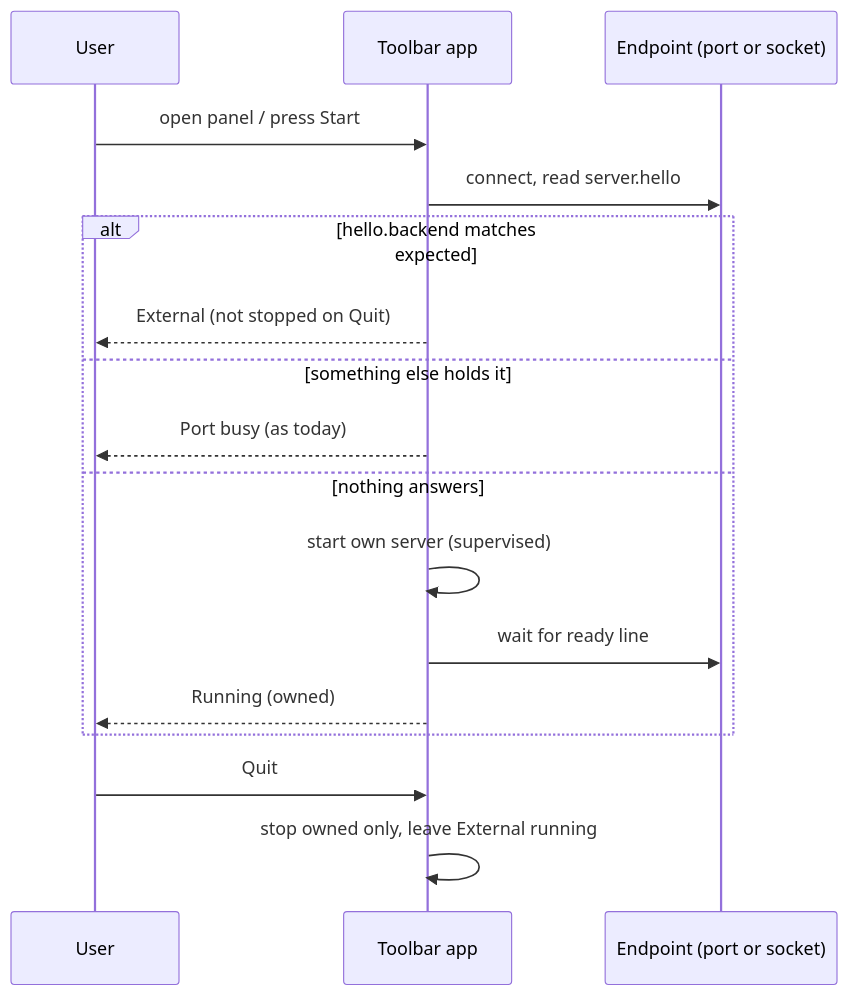
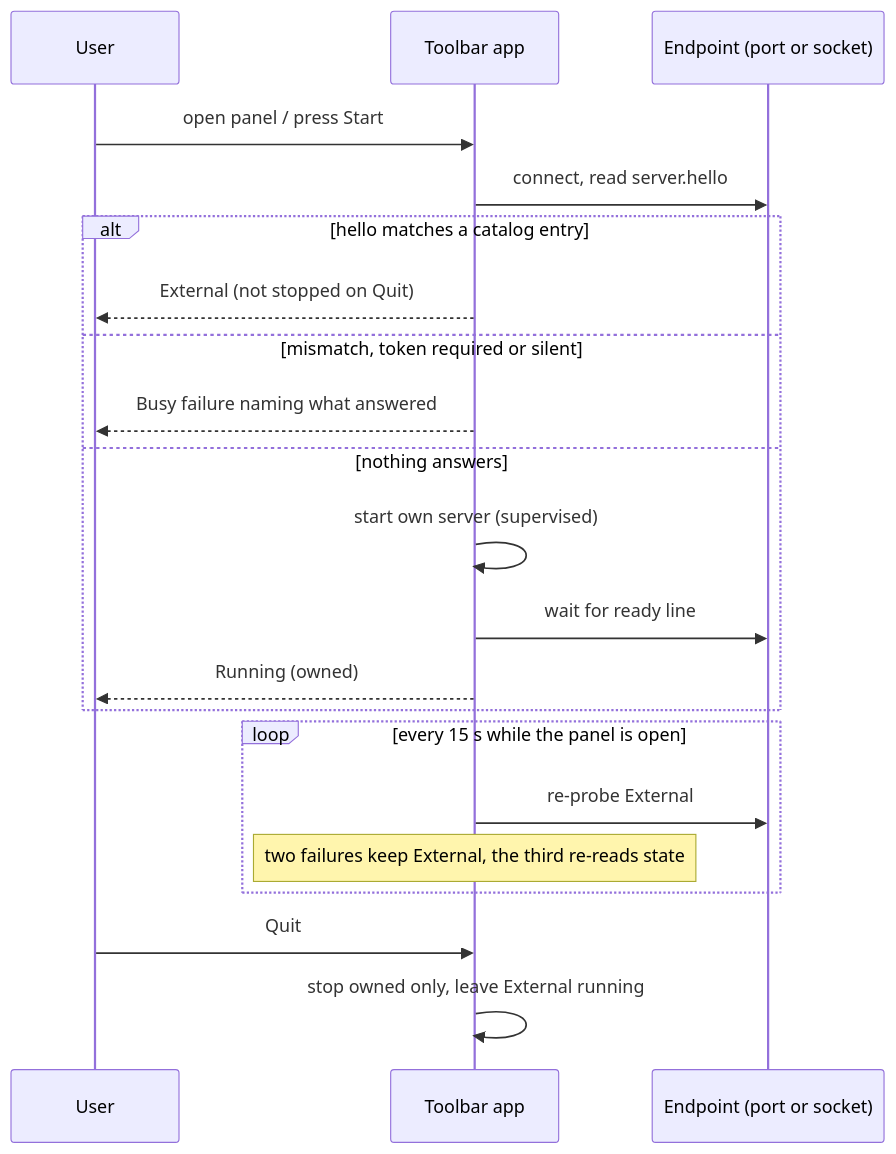
One commit to vr000m/pipecat-local-tts-server changed the second of 2 diagrams in macos/docs/plans/20261025-feature-macos-adopt-external-servers.md. Above: the diagram before and after it, drawn with Mermaid. The commit also changed other lines of this file, not shown here.

Commit message:
docs(macos): apply review-plan findings to the adopt-external-servers plan and mark it reviewed

````diff
--- a/macos/docs/plans/20261025-feature-macos-adopt-external-servers.md
+++ b/macos/docs/plans/20261025-feature-macos-adopt-external-servers.md
@@ -228,19 +286,23 @@
 ```mermaid
 sequenceDiagram
     participant U as User
     participant A as Toolbar app
     participant E as Endpoint (port or socket)
     U->>A: open panel / press Start
     A->>E: connect, read server.hello
-    alt hello.backend matches expected
+    alt hello matches a catalog entry
         A-->>U: External (not stopped on Quit)
-    else something else holds it
-        A-->>U: Port busy (as today)
+    else mismatch, token required or silent
+        A-->>U: Busy failure naming what answered
     else nothing answers
         A->>A: start own server (supervised)
         A->>E: wait for ready line
         A-->>U: Running (owned)
     end
+    loop every 15 s while the panel is open
+        A->>E: re-probe External
+        Note over A: two failures keep External, the third re-reads state
+    end
     U->>A: Quit
     A->>A: stop owned only, leave External running
 ```
````
